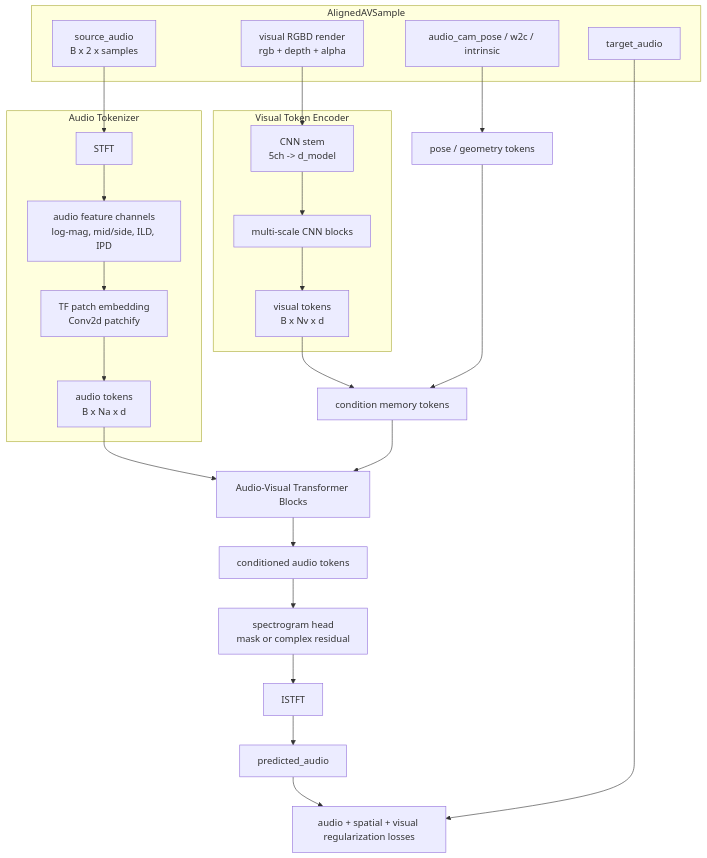
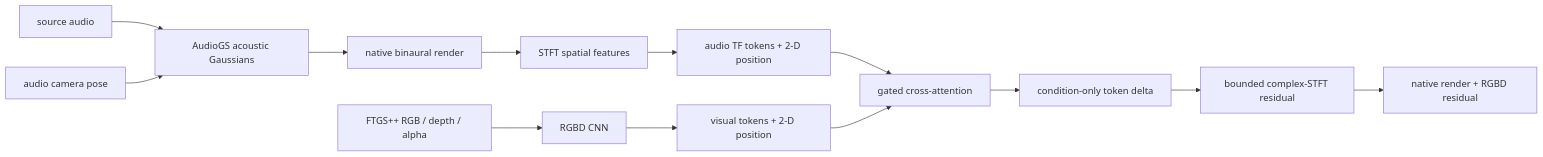
One commit to lsj2004/AVGaussianv2 changed the diagram in docs/cross-attention-audio-token-roadmap.zh-CN.md. Above: the diagram before and after it, drawn with Mermaid. The commit also changed other lines of this file and 17 other files, not shown here.

Commit message:
fix: ground cross attention in AudioGS gaussians

````diff
--- a/docs/cross-attention-audio-token-roadmap.zh-CN.md
+++ b/docs/cross-attention-audio-token-roadmap.zh-CN.md
@@ -29,35 +29,17 @@
 ```mermaid
-flowchart TD
-    subgraph Inputs["AlignedAVSample"]
-        SRC["source_audio<br/>B x 2 x samples"]
-        POSE["audio_cam_pose / w2c / intrinsic"]
-        RGBD["visual RGBD render<br/>rgb + depth + alpha"]
-        TARGET["target_audio"]
-    end
+flowchart LR
+    SRC["source audio"] --> GS["AudioGS acoustic Gaussians"]
+    POSE["audio camera pose"] --> GS
+    GS --> NATIVE["native binaural render"]
+    NATIVE --> STFT["STFT spatial features"]
+    STFT --> ATOK["audio TF tokens + 2-D position"]
 
-    subgraph VisualBranch["Visual Token Encoder"]
-        RGBD --> VSTEM["CNN stem<br/>5ch -> d_model"]
-        VSTEM --> VMS["multi-scale CNN blocks"]
-        VMS --> VTOK["visual tokens<br/>B x Nv x d"]
-    end
+    RGBD["FTGS++ RGB / depth / alpha"] --> VENC["RGBD CNN"]
+    VENC --> VTOK["visual tokens + 2-D position"]
 
-    subgraph AudioBranch["Audio Tokenizer"]
-        SRC --> STFT["STFT"]
-        STFT --> FEAT["audio feature channels<br/>log-mag, mid/side, ILD, IPD"]
-        FEAT --> PATCH["TF patch embedding<br/>Conv2d patchify"]
-        PATCH --> ATOK["audio tokens<br/>B x Na x d"]
-    end
-
-    POSE --> PTOK["pose / geometry tokens"]
-    VTOK --> MEMORY["condition memory tokens"]
-    PTOK --> MEMORY
-
-    ATOK --> BLOCKS["Audio-Visual Transformer Blocks"]
-    MEMORY --> BLOCKS
-    BLOCKS --> OUTTOK["conditioned audio tokens"]
-    OUTTOK --> HEAD["spectrogram head<br/>mask or complex residual"]
-    HEAD --> ISTFT["ISTFT"]
-    ISTFT --> PRED["predicted_audio"]
-    PRED --> LOSS["audio + spatial + visual regularization losses"]
-    TARGET --> LOSS
+    ATOK --> XATTN["gated cross-attention"]
+    VTOK --> XATTN
+    XATTN --> DELTA["condition-only token delta"]
+    DELTA --> HEAD["bounded complex-STFT residual"]
+    HEAD --> OUT["native render + RGBD residual"]
 ```
````
